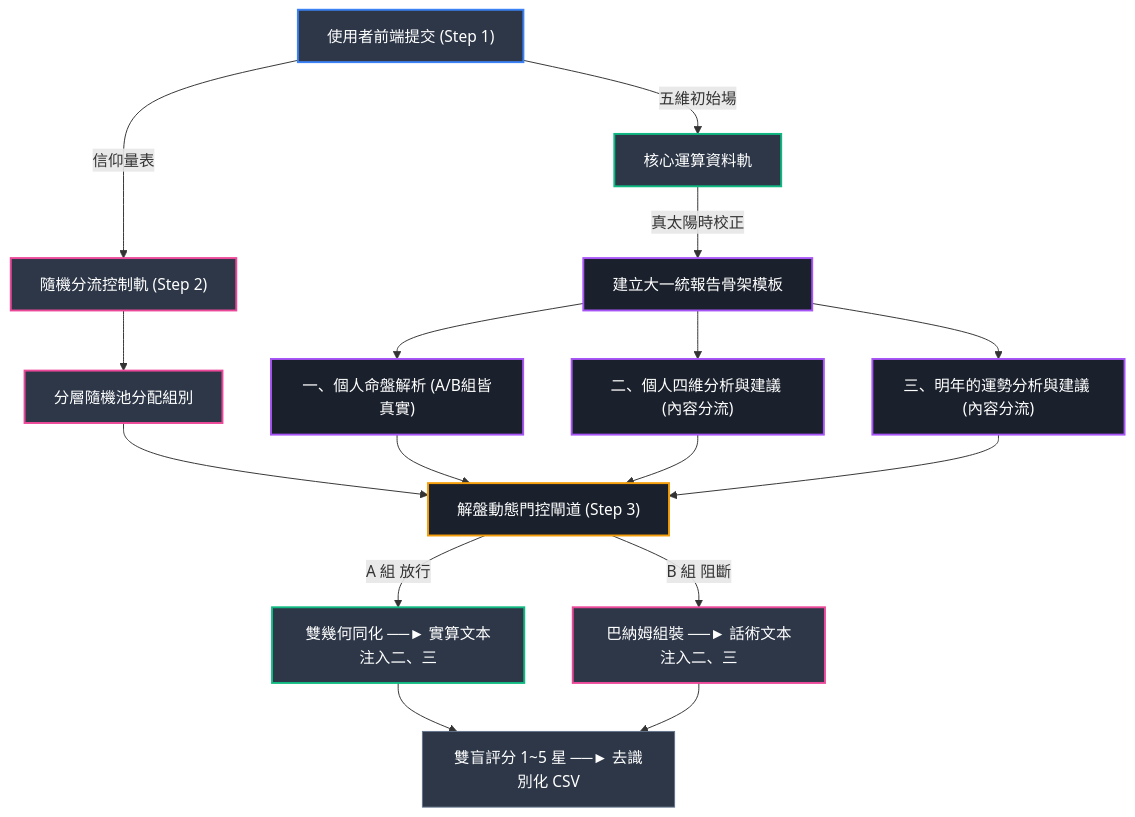
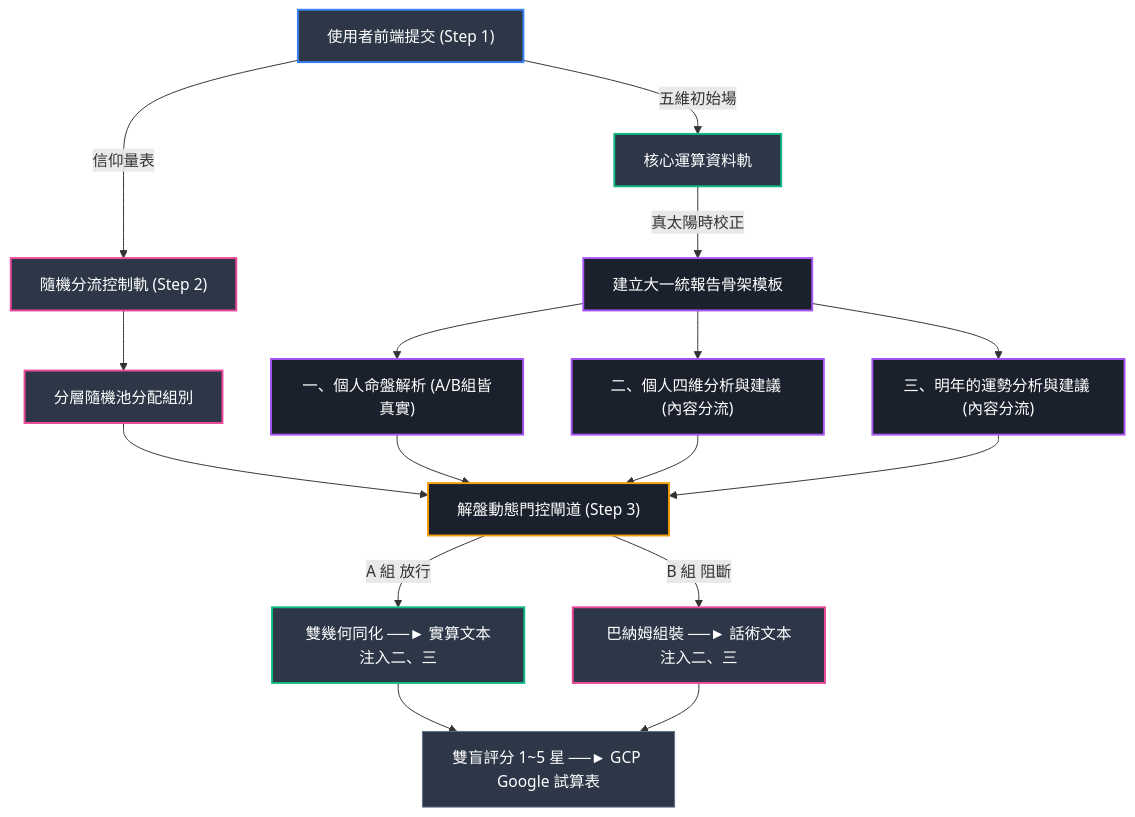
Before and after one commit to GuanYingLin/Anti-FortuneTeller-Master: the diagram in README.md, drawn with Mermaid. The commit also changed other lines of this file and 1 other file, not shown here.

````diff
--- a/README.md
+++ b/README.md
@@ -34,32 +34,32 @@
 ```mermaid
 graph TD
     %% 節點樣式定義
     classDef input fill:#2d3748,stroke:#3b82f6,stroke-width:2px,color:#fff;
     classDef control fill:#2d3748,stroke:#ec4899,stroke-width:2px,color:#fff;
     classDef data fill:#2d3748,stroke:#10b981,stroke-width:2px,color:#fff;
     classDef template fill:#1a202c,stroke:#a855f7,stroke-width:2px,color:#fff;
     classDef gate fill:#1a202c,stroke:#f59e0b,stroke-width:2px,color:#fff;
     classDef output fill:#2d3748,stroke:#64748b,stroke-width:1px,color:#fff;
 
     USER["使用者前端提交 (Step 1)"]:::input -->|信仰量表| CTRL["隨機分流控制軌 (Step 2)"]:::control
     USER -->|五維初始場| DATA["核心運算資料軌"]:::data
 
     CTRL --> POOL["分層隨機池分配組別"]:::control
     DATA -->|真太陽時校正| BLOCK["建立大一統報告骨架模板"]:::template
 
     POOL --> GATE["解盤動態門控閘道 (Step 3)"]:::gate
     
     BLOCK --> T1["一、個人命盤解析 (A/B組皆真實)"]:::template
     BLOCK --> T2["二、個人四維分析與建議 (內容分流)"]:::template
     BLOCK --> T3["三、明年的運勢分析與建議 (內容分流)"]:::template
 
     T1 --> GATE
     T2 --> GATE
     T3 --> GATE
 
     GATE -->|A 組 放行| REAL["雙幾何同化 ──► 實算文本注入二、三"]:::data
     GATE -->|B 組 阻斷| BARNUM["巴納姆組裝 ──► 話術文本注入二、三"]:::control
 
-    REAL --> SCORE["雙盲評分 1~5 星 ──► 去識別化 CSV"]:::output
+    REAL --> SCORE["雙盲評分 1~5 星 ──► GCP Google 試算表"]:::output
     BARNUM --> SCORE
 ```
````
